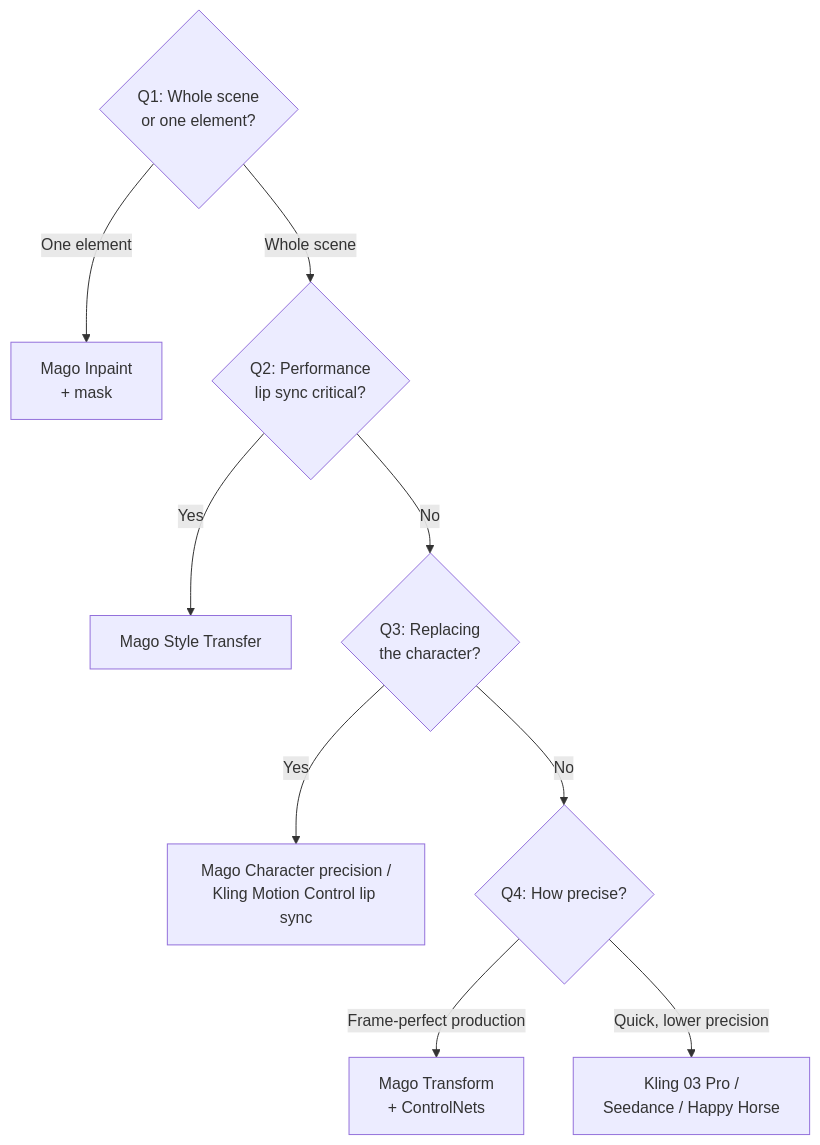
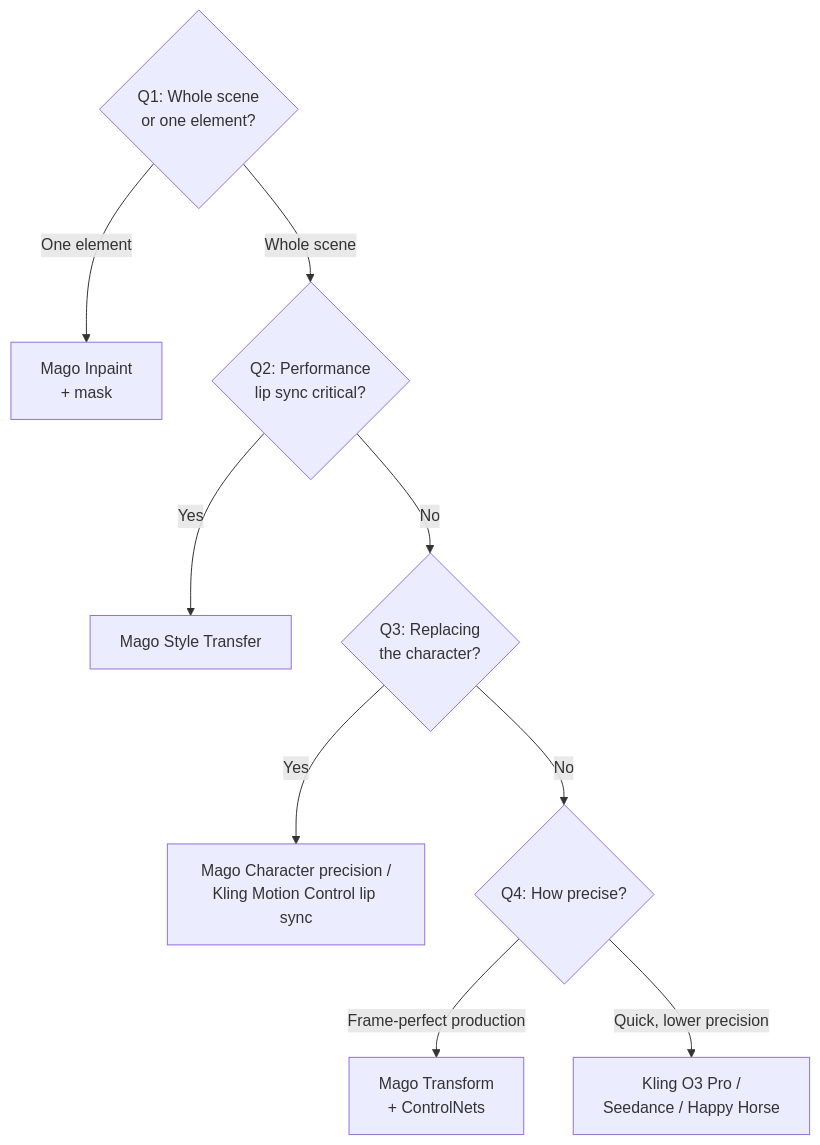
The diagram in reference/settings-cheat-sheet.md (MagoStudio/MagoGuide), drawn with Mermaid before and after one commit. The commit also changed other lines of this file and 19 other files, not shown here.

````diff
--- a/reference/settings-cheat-sheet.md
+++ b/reference/settings-cheat-sheet.md
@@ -61,12 +61,12 @@
 ```mermaid
 flowchart TD
   Q1{Q1: Whole scene<br/>or one element?}
   Q1 -->|One element| Inpaint[Mago Inpaint<br/>+ mask]
   Q1 -->|Whole scene| Q2{Q2: Performance<br/>lip sync critical?}
   Q2 -->|Yes| Style[Mago Style Transfer]
   Q2 -->|No| Q3{Q3: Replacing<br/>the character?}
   Q3 -->|Yes| CharModel[Mago Character precision /<br/>Kling Motion Control lip sync]
   Q3 -->|No| Q4{Q4: How precise?}
   Q4 -->|Frame-perfect production| Transform[Mago Transform<br/>+ ControlNets]
-  Q4 -->|Quick, lower precision| Closed[Kling 03 Pro /<br/>Seedance / Happy Horse]
+  Q4 -->|Quick, lower precision| Closed[Kling O3 Pro /<br/>Seedance / Happy Horse]
 ```
````
